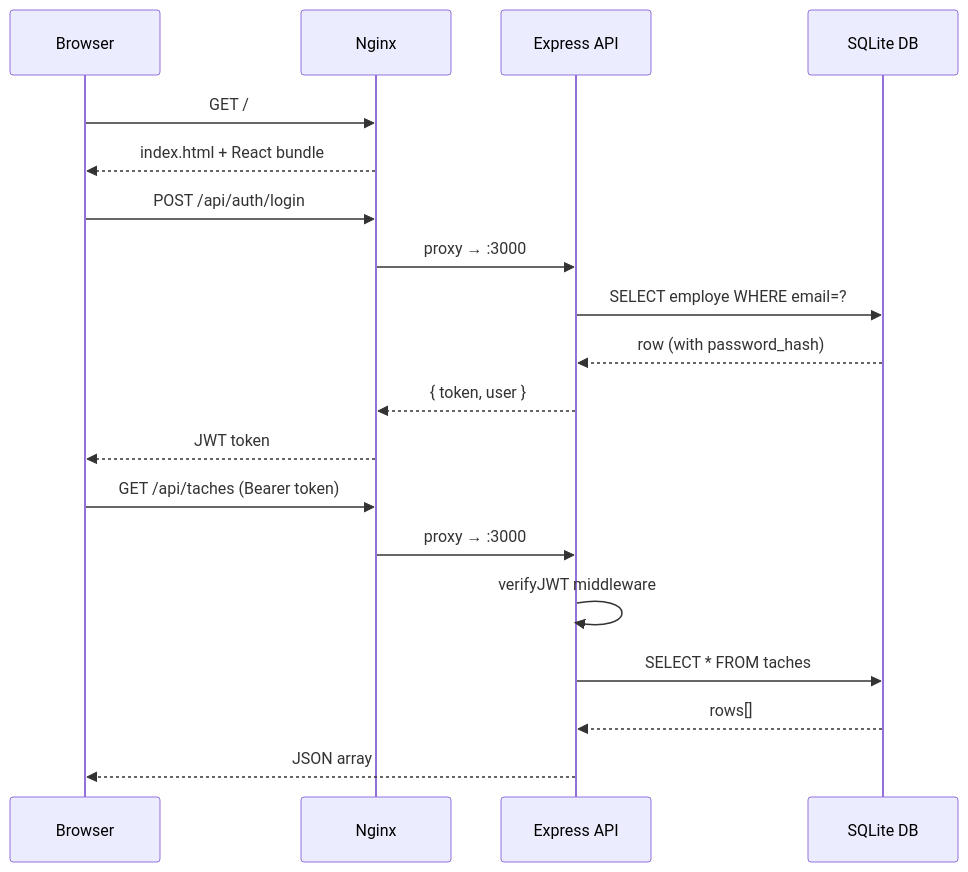
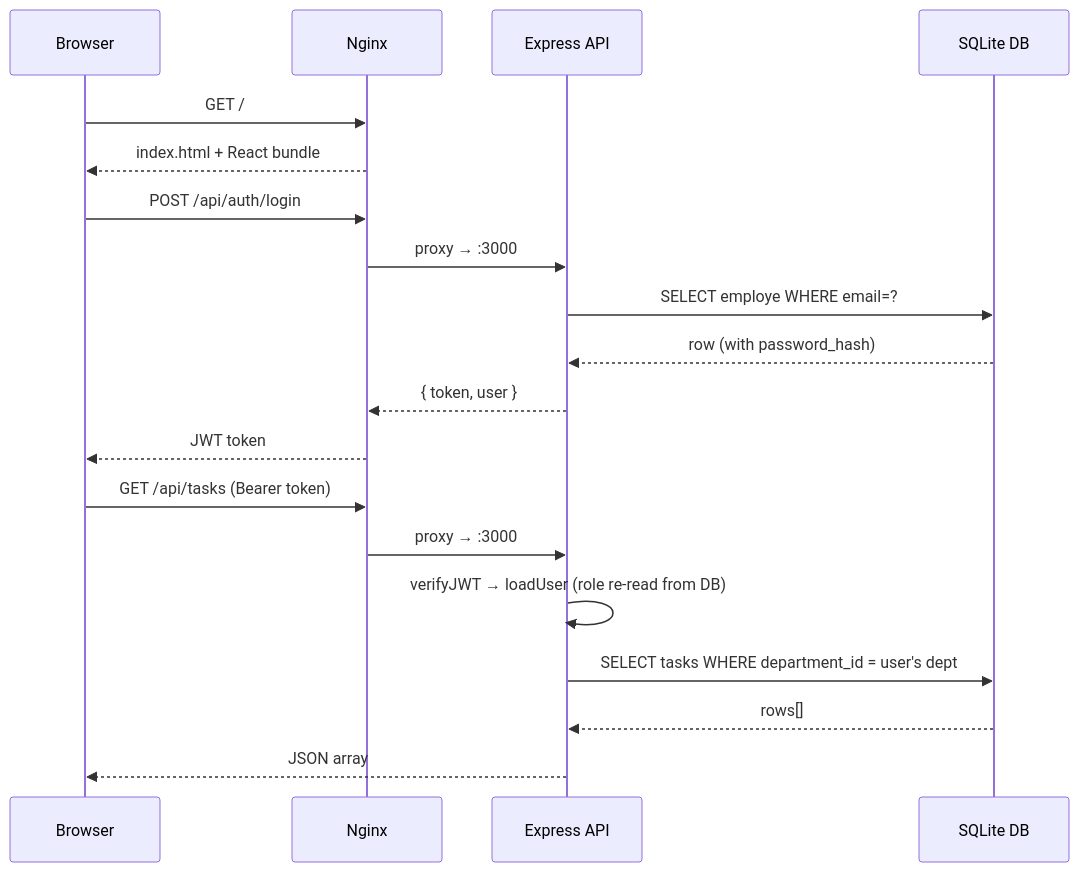
One commit to poloelo/Lexora-V2 changed the second of 4 diagrams in README.md. Above: the diagram before and after it, drawn with Mermaid. The commit also changed other lines of this file and 3 other files, not shown here.

````diff
--- a/README.md
+++ b/README.md
@@ -103,24 +125,24 @@
 ```mermaid
 sequenceDiagram
     participant B as Browser
     participant N as Nginx
     participant E as Express API
     participant D as SQLite DB
 
     B->>N: GET /
     N-->>B: index.html + React bundle
 
     B->>N: POST /api/auth/login
     N->>E: proxy → :3000
     E->>D: SELECT employe WHERE email=?
     D-->>E: row (with password_hash)
     E-->>N: { token, user }
     N-->>B: JWT token
 
-    B->>N: GET /api/taches (Bearer token)
+    B->>N: GET /api/tasks (Bearer token)
     N->>E: proxy → :3000
-    E->>E: verifyJWT middleware
-    E->>D: SELECT * FROM taches
+    E->>E: verifyJWT → loadUser (role re-read from DB)
+    E->>D: SELECT tasks WHERE department_id = user's dept
     D-->>E: rows[]
     E-->>B: JSON array
 ```
````
